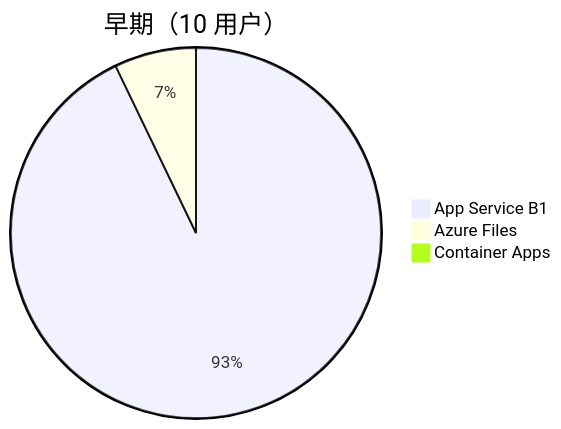
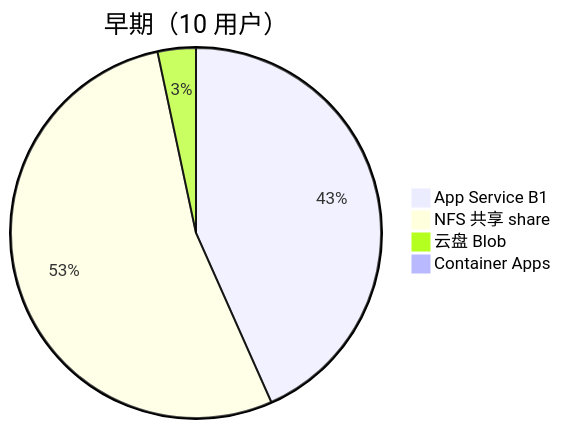
One commit to jiayiyan-AI/laifu changed the tenth of 14 diagrams in docs/architecture.md. Above: the diagram before and after it, drawn with Mermaid. The commit also changed other lines of this file and 14 other files, not shown here.

````diff
--- a/docs/architecture.md
+++ b/docs/architecture.md
@@ -796,6 +815,7 @@
 ```mermaid
 pie title 早期（10 用户）
     "App Service B1" : 13
-    "Azure Files" : 1
+    "NFS 共享 share" : 16
+    "云盘 Blob" : 1
     "Container Apps" : 0
 ```
````
